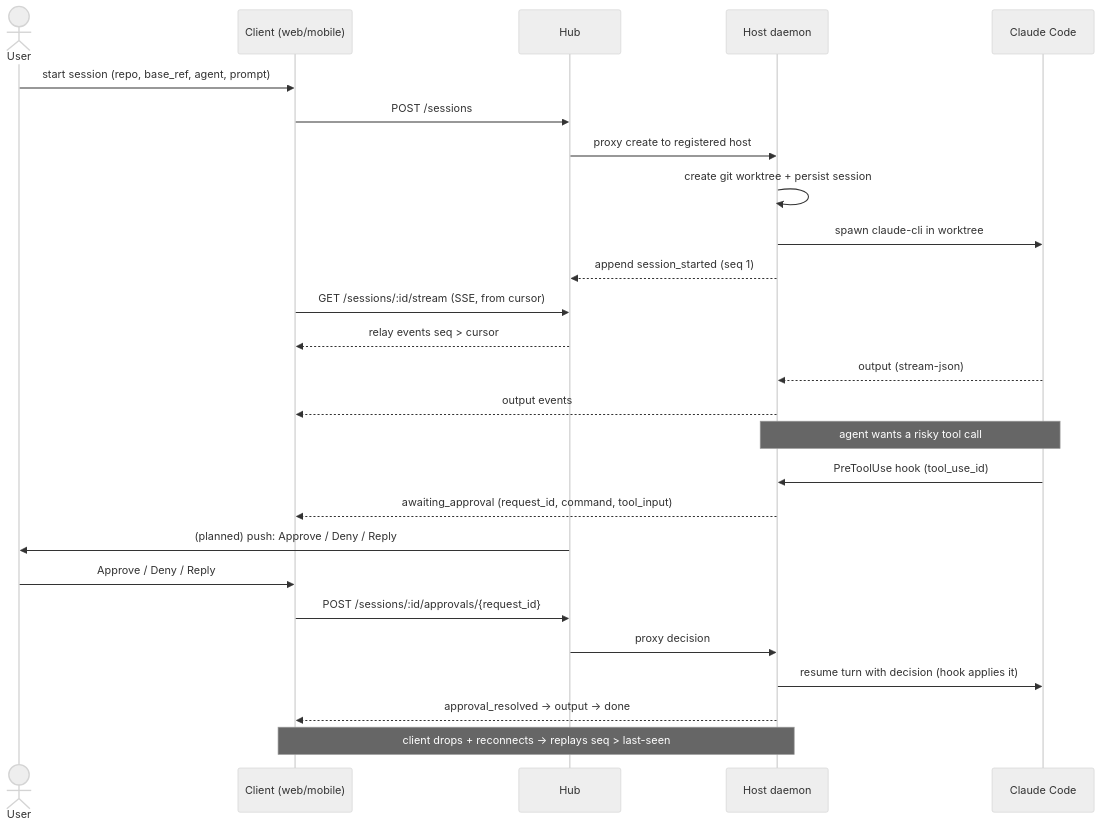
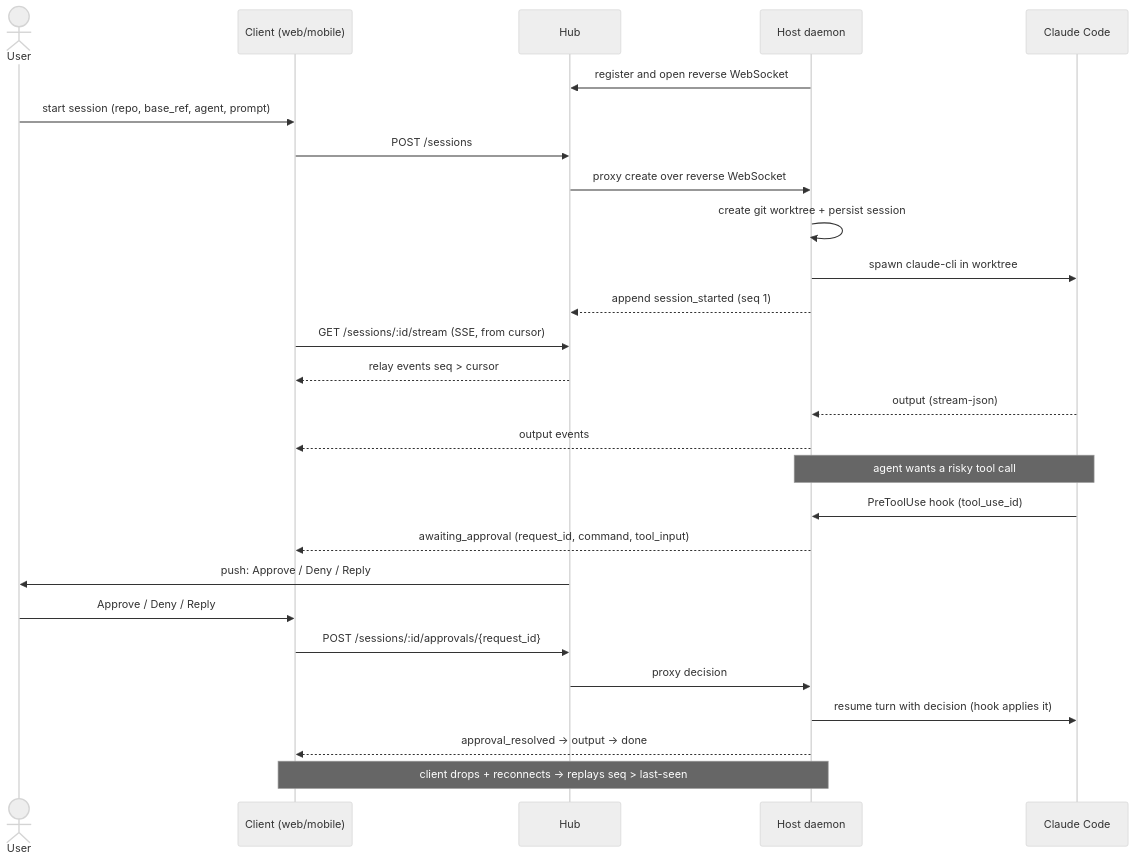
The third of 3 diagrams in README.md (JustinyAhin/tethon), drawn with Mermaid (neutral theme) before and after one commit. The commit also changed other lines of this file and 4 other files, not shown here.

````diff
--- a/README.md
+++ b/README.md
@@ -83,34 +104,35 @@
 ```mermaid
 sequenceDiagram
     actor User
     participant Client as Client (web/mobile)
     participant Hub
     participant Hostd as Host daemon
     participant Agent as Claude Code
 
+    Hostd->>Hub: register and open reverse WebSocket
     User->>Client: start session (repo, base_ref, agent, prompt)
     Client->>Hub: POST /sessions
-    Hub->>Hostd: proxy create to registered host
+    Hub->>Hostd: proxy create over reverse WebSocket
     Hostd->>Hostd: create git worktree + persist session
     Hostd->>Agent: spawn claude-cli in worktree
     Hostd-->>Hub: append session_started (seq 1)
 
     Client->>Hub: GET /sessions/:id/stream (SSE, from cursor)
     Hub-->>Client: relay events seq > cursor
 
     Agent-->>Hostd: output (stream-json)
     Hostd-->>Client: output events
 
     Note over Agent,Hostd: agent wants a risky tool call
     Agent->>Hostd: PreToolUse hook (tool_use_id)
     Hostd-->>Client: awaiting_approval (request_id, command, tool_input)
-    Hub->>User: (planned) push: Approve / Deny / Reply
+    Hub->>User: push: Approve / Deny / Reply
 
     User->>Client: Approve / Deny / Reply
     Client->>Hub: POST /sessions/:id/approvals/{request_id}
     Hub->>Hostd: proxy decision
     Hostd->>Agent: resume turn with decision (hook applies it)
     Hostd-->>Client: approval_resolved → output → done
 
     Note over Client,Hostd: client drops + reconnects → replays seq > last-seen
 ```
````
